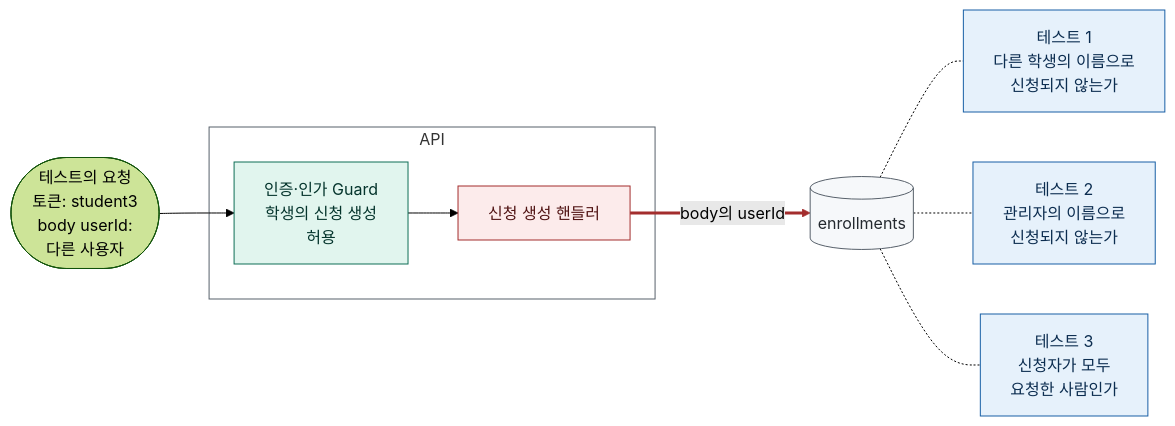
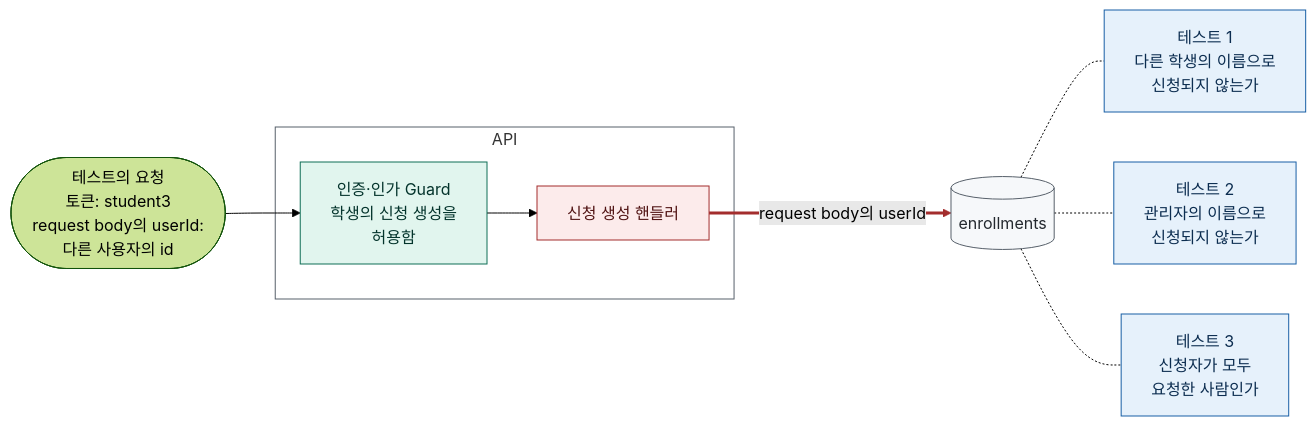
Before and after one commit to loquemedalagana/secure-enroll-demo: the second of 4 diagrams in docs/diagnosis/defect-8.md, drawn with Mermaid (forest theme). The commit also changed other lines of this file, not shown here.

Commit message:
docs: 결함 8 보고서 테스트 그림과 파라미터 변조 그림의 글자를 고침
테스트 그림의 'body'는 'request body'로 고치고, '허용'에서 끝나던 상자에 서술어를 붙였다.
파라미터 변조 그림의 첫 상자에는 누가 바꿔 보내는지(공격자가)를 적었다.
'그 값', '그 식별자'는 가리키는 것이 상자 안에 없어서 '바뀐 값', '바뀐 식별자'로 고치고,
'식별자로 권한을 확인'은 누구의 권한을 무엇에 대해 확인하는지를 적었다.

````diff
--- a/docs/diagnosis/defect-8.md
+++ b/docs/diagnosis/defect-8.md
@@ -145,29 +145,29 @@
 ```mermaid
 flowchart LR
-  req(["테스트의 요청<br/>토큰: student3<br/>body userId:<br/>다른 사용자"])
+  req(["테스트의 요청<br/>토큰: student3<br/>request body의 userId:<br/>다른 사용자의 id"])
 
   subgraph api["API"]
-    g["인증·인가 Guard<br/>학생의 신청 생성<br/>허용"]
+    g["인증·인가 Guard<br/>학생의 신청 생성을<br/>허용함"]
     h["신청 생성 핸들러"]
   end
 
   db[("enrollments")]
 
   req --> g --> h
-  h == "body의 userId" ==> db
+  h == "request body의 userId" ==> db
 
   db -.- t1["테스트 1<br/>다른 학생의 이름으로<br/>신청되지 않는가"]
   db -.- t2["테스트 2<br/>관리자의 이름으로<br/>신청되지 않는가"]
   db -.- t3["테스트 3<br/>신청자가 모두<br/>요청한 사람인가"]
 
   classDef safe fill:#E1F5EE,stroke:#0F6E56,color:#04342C
   classDef danger fill:#FCEBEB,stroke:#A32D2D,color:#501313
   classDef neutral fill:#f6f8fa,stroke:#57606a,color:#24292f
   classDef test fill:#E6F1FB,stroke:#185FA5,color:#0C2D50
   class g safe
   class h danger
   class db neutral
   class t1,t2,t3 test
   style api fill:none,stroke:#57606a
   linkStyle 2 stroke:#A32D2D,stroke-width:3px
 ```
````
